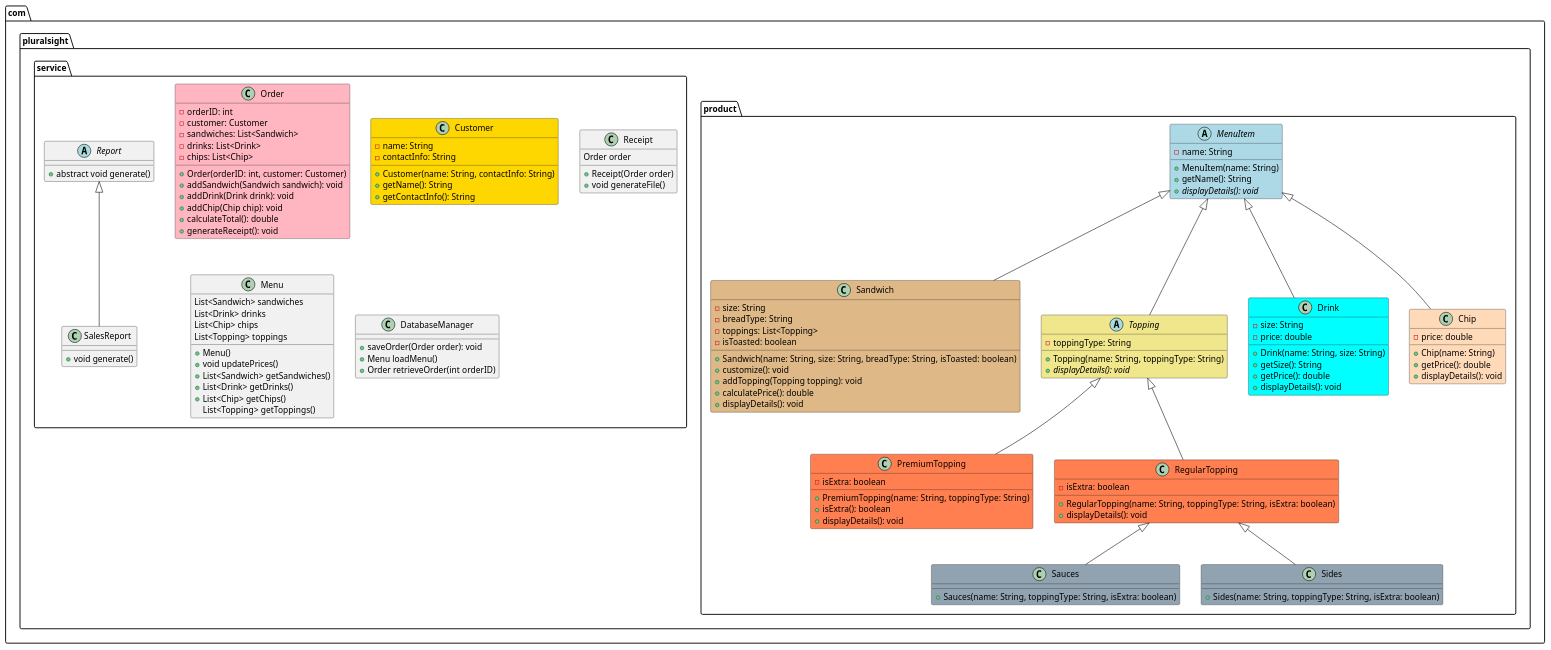
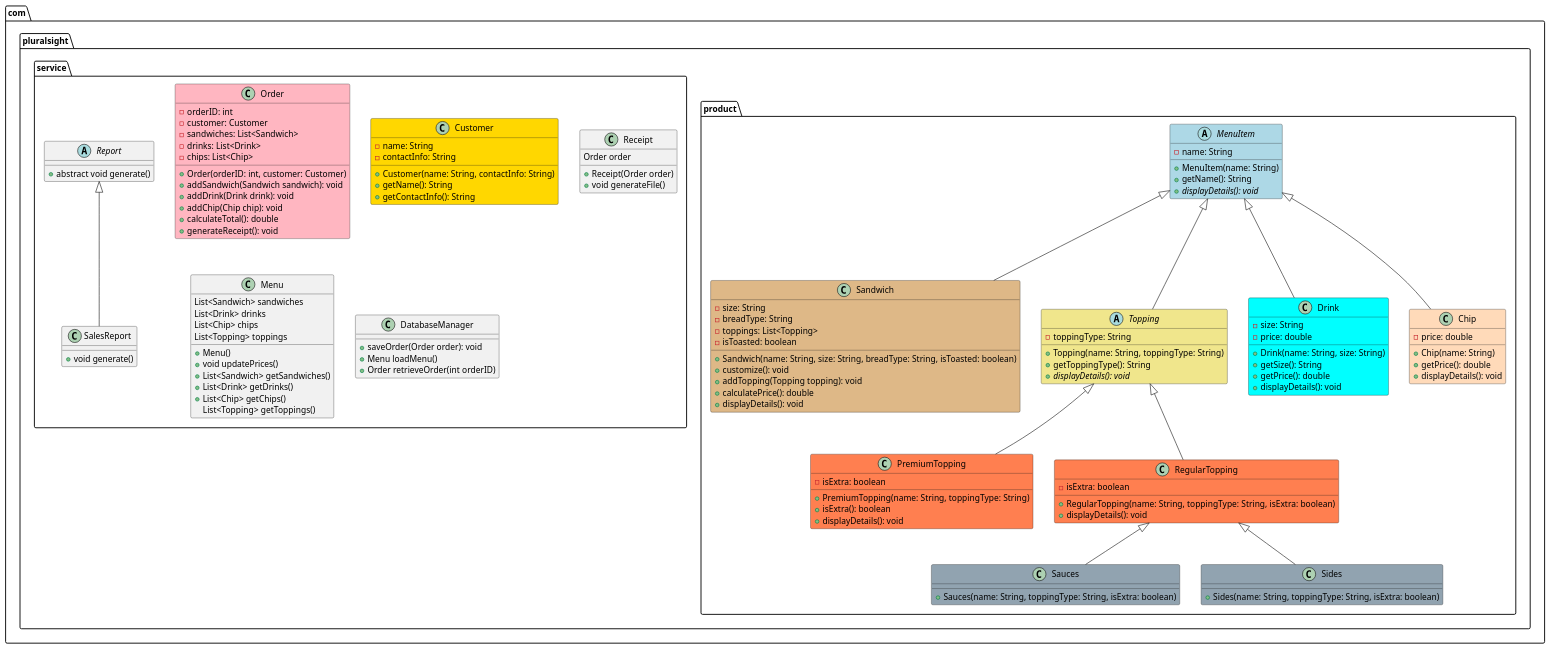
Before and after one commit to Ptunda/byyte-now: the diagram in src/main/java/com/pluralsight/byyte-now.puml, drawn with PlantUML. The commit also changed 1 other file, not shown here.

Commit message:
Added abstract Topping class to help create different topping class

```diff
--- a/src/main/java/com/pluralsight/byyte-now.puml
+++ b/src/main/java/com/pluralsight/byyte-now.puml
@@ -1,148 +1,149 @@
 @startuml
 package com.pluralsight{
 
 package com.pluralsight.product{
 
 abstract class MenuItem #lightblue{
 -name: String
 
 +MenuItem(name: String)
 +getName(): String
 +{abstract} displayDetails(): void
 
 }
 
 class Sandwich #DEB887 extends MenuItem{
 -size: String
 -breadType: String
 -toppings: List<Topping>
 -isToasted: boolean
 
 +Sandwich(name: String, size: String, breadType: String, isToasted: boolean)
 +customize(): void
 +addTopping(Topping topping): void
 +calculatePrice(): double
 +displayDetails(): void
 }
 
 abstract class Topping #F0E68C extends MenuItem {
 -toppingType: String
 +Topping(name: String, toppingType: String)
++getToppingType(): String
 +{abstract} displayDetails(): void
 }
 
 class Drink #00FFFF extends MenuItem {
 -size: String
 -price: double
 
 +Drink(name: String, size: String)
 +getSize(): String
 +getPrice(): double
 +displayDetails(): void
 }
 
 class Chip #FFDAB9 extends MenuItem {
 -price: double
 
 +Chip(name: String)
 +getPrice(): double
 +displayDetails(): void
 }
 
 
 class PremiumTopping #FF7F50 extends Topping {
 -isExtra: boolean
 +PremiumTopping(name: String, toppingType: String)
 +isExtra(): boolean
 +displayDetails(): void
 }
 
 class RegularTopping #FF7F50 extends Topping {
 -isExtra: boolean
 +RegularTopping(name: String, toppingType: String, isExtra: boolean)
 +displayDetails(): void
 }
 
 class Sauces #91A3B0 extends RegularTopping{
 
 +Sauces(name: String, toppingType: String, isExtra: boolean)
 
 }
 
 class Sides #91A3B0 extends RegularTopping{
 
 +Sides(name: String, toppingType: String, isExtra: boolean)
 }
 
 
 }
 
 package com.pluralsight.service{
 
 class Order #FFB6C1 {
 -orderID: int
 -customer: Customer
 -sandwiches: List<Sandwich>
 -drinks: List<Drink>
 -chips: List<Chip>
 
 +Order(orderID: int, customer: Customer)
 +addSandwich(Sandwich sandwich): void
 +addDrink(Drink drink): void
 +addChip(Chip chip): void
 +calculateTotal(): double
 +generateReceipt(): void
 }
 
 class Customer #FFD700{
 -name: String
 -contactInfo: String
 
 +Customer(name: String, contactInfo: String)
 +getName(): String
 +getContactInfo(): String
 }
 
 abstract class Report {
 +abstract void generate()
 }
 
 
 class Receipt {
 Order order
 
 +Receipt(Order order)
 +void generateFile()
 }
 
 class SalesReport extends Report {
 +void generate()
 }
 
 class Menu {
 List<Sandwich> sandwiches
 List<Drink> drinks
 List<Chip> chips
 List<Topping> toppings
 
 + Menu()
 +void updatePrices()
 +List<Sandwich> getSandwiches()
 +List<Drink> getDrinks()
 +List<Chip> getChips()
 List<Topping> getToppings()
 }
 
 class DatabaseManager {
 +saveOrder(Order order): void
 +Menu loadMenu()
 +Order retrieveOrder(int orderID)
 }
 
 
 }
 
 }
 
 
 @enduml
```
